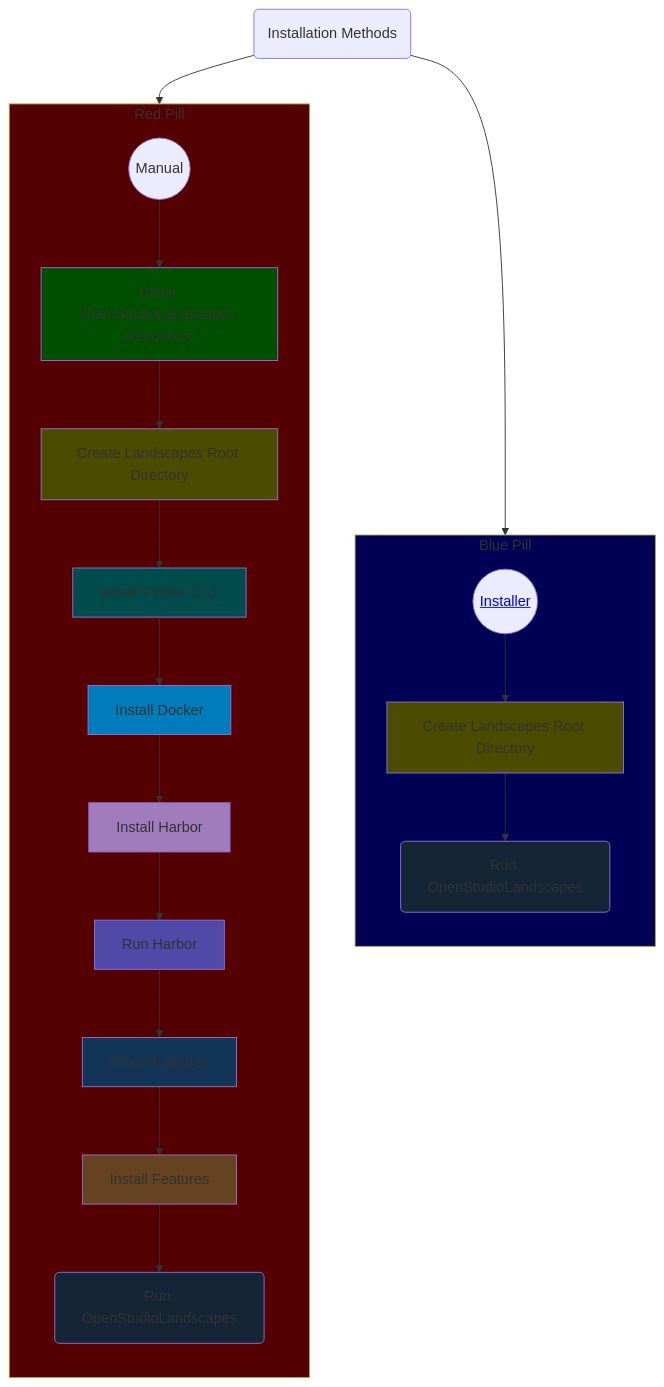
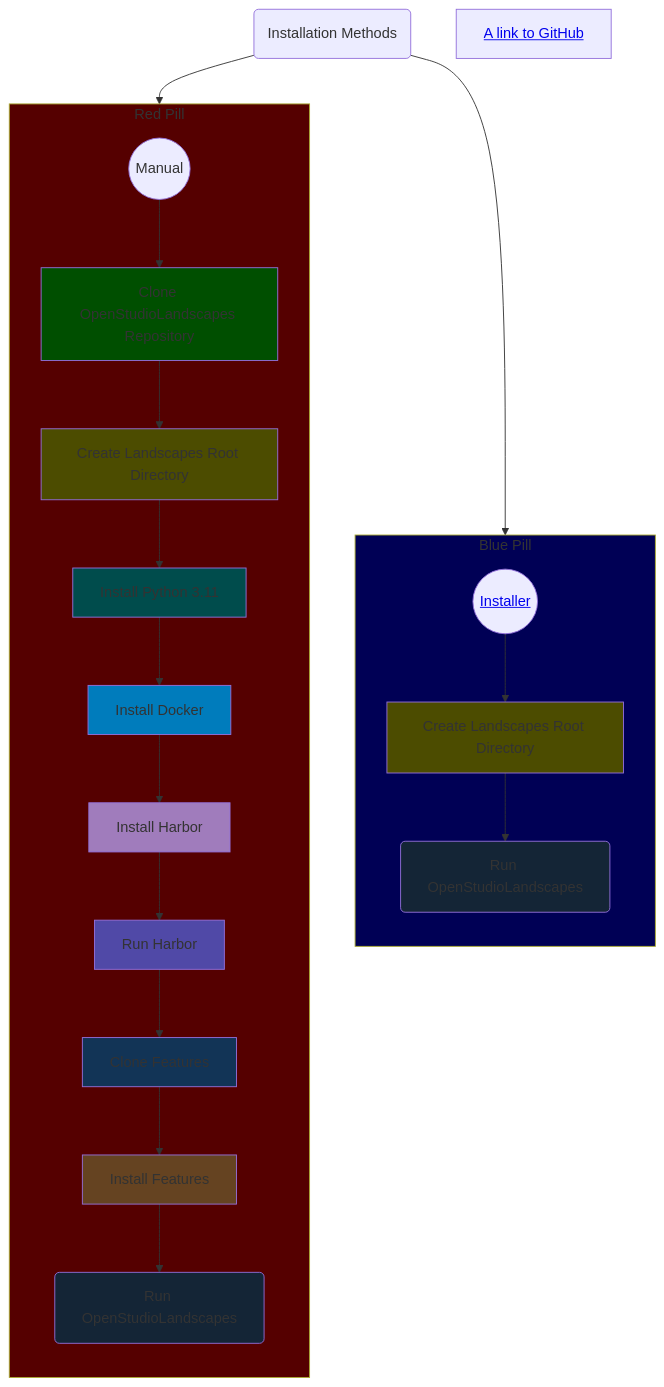
The first of 3 diagrams in wiki/README.md (michimussato/OpenStudioLandscapes), drawn with Mermaid before and after one commit.

```diff
--- a/wiki/README.md
+++ b/wiki/README.md
@@ -61,6 +61,7 @@
     %% docker((Docker))
     %% click docker "/installation/basic_installation.md#install-docker"
     script(("<a href='installation/basic_installation_from_script.md'>Installer</a>"))
+    script2["<a href='https://github.com/'>A link to GitHub</a>"]
     %% click script href "#contributors"
 
     classDef clone_repo fill:#004f00;
```
